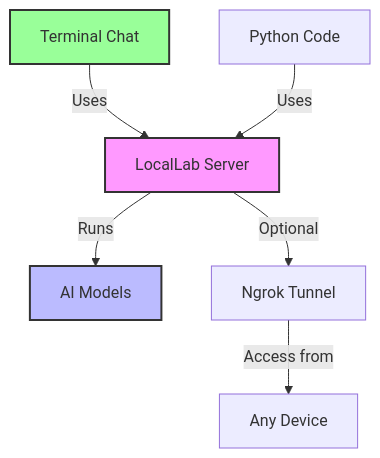
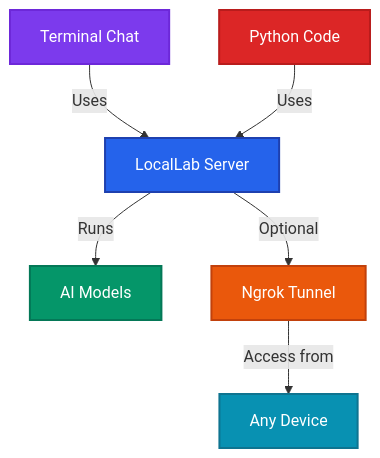
Before and after one commit to UtkarshTheDev/LocalLab: the first of 2 diagrams in README.md, drawn with Mermaid. The commit also changed other lines of this file, not shown here.

Commit message:
docs(README): Improved Diagram Color Scheme

````diff
--- a/README.md
+++ b/README.md
@@ -83,11 +83,14 @@
 ```mermaid
 graph TD
     A[Terminal Chat] -->|Uses| C[LocalLab Server]
     B[Python Code] -->|Uses| C
     C -->|Runs| D[AI Models]
     C -->|Optional| E[Ngrok Tunnel]
     E -->|Access from| F[Any Device]
-    style C fill:#f9f,stroke:#333,stroke-width:2px
-    style D fill:#bbf,stroke:#333,stroke-width:2px
-    style A fill:#9f9,stroke:#333,stroke-width:2px
+    style C fill:#2563eb,stroke:#1e40af,stroke-width:2px,color:#ffffff
+    style D fill:#059669,stroke:#047857,stroke-width:2px,color:#ffffff
+    style A fill:#7c3aed,stroke:#6d28d9,stroke-width:2px,color:#ffffff
+    style B fill:#dc2626,stroke:#b91c1c,stroke-width:2px,color:#ffffff
+    style E fill:#ea580c,stroke:#c2410c,stroke-width:2px,color:#ffffff
+    style F fill:#0891b2,stroke:#0e7490,stroke-width:2px,color:#ffffff
 ```
````
